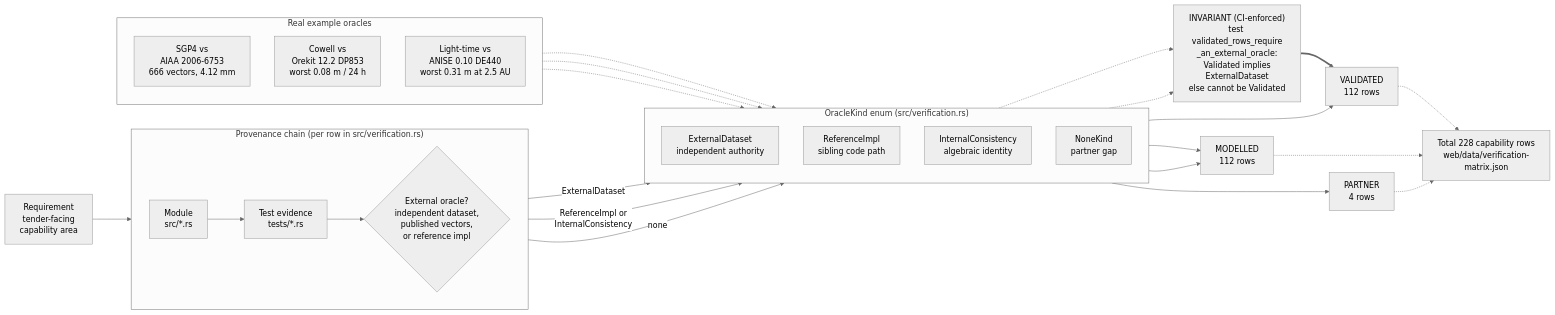
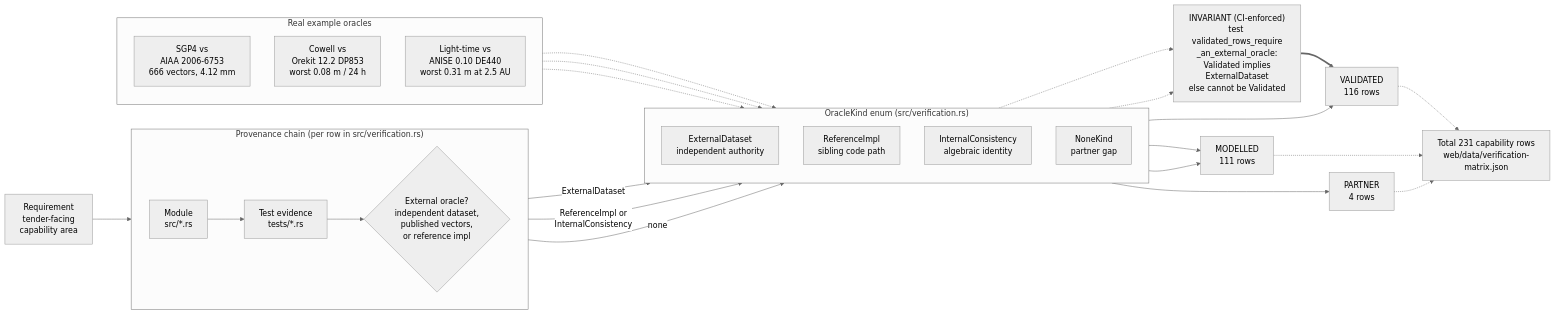
One commit to ashfordeOU/kshana changed the diagram in docs/diagrams/validation-provenance.mmd. Above: the diagram before and after it, drawn with Mermaid (neutral theme). The commit also changed 31 other files, not shown here.

```diff
--- a/docs/diagrams/validation-provenance.mmd
+++ b/docs/diagrams/validation-provenance.mmd
@@ -1,49 +1,49 @@
 flowchart LR
     REQ["Requirement<br/>tender-facing<br/>capability area"]
 
     subgraph CHAIN["Provenance chain (per row in src/verification.rs)"]
         direction LR
         MOD["Module<br/>src/*.rs"]
         TST["Test evidence<br/>tests/*.rs"]
         ORA{"External oracle?<br/>independent dataset,<br/>published vectors,<br/>or reference impl"}
     end
 
     REQ --> MOD --> TST --> ORA
 
     subgraph KINDS["OracleKind enum (src/verification.rs)"]
         direction TD
         EXT["ExternalDataset<br/>independent authority"]
         REF["ReferenceImpl<br/>sibling code path"]
         INT["InternalConsistency<br/>algebraic identity"]
         NON["NoneKind<br/>partner gap"]
     end
 
     ORA -->|ExternalDataset| EXT
     ORA -->|"ReferenceImpl or<br/>InternalConsistency"| INT
     ORA -->|none| NON
 
     GUARD["INVARIANT (CI-enforced)<br/>test validated_rows_require<br/>_an_external_oracle:<br/>Validated implies<br/>ExternalDataset<br/>else cannot be Validated"]
     EXT -.-> GUARD
     INT -.-> GUARD
 
-    EXT --> VAL["VALIDATED<br/>112 rows"]
-    REF --> MDL["MODELLED<br/>112 rows"]
+    EXT --> VAL["VALIDATED<br/>116 rows"]
+    REF --> MDL["MODELLED<br/>111 rows"]
     INT --> MDL
     NON --> PRT["PARTNER<br/>4 rows"]
     GUARD ==> VAL
 
     subgraph EX["Real example oracles"]
         direction TD
         E1["SGP4 vs<br/>AIAA 2006-6753<br/>666 vectors, 4.12 mm"]
         E2["Cowell vs<br/>Orekit 12.2 DP853<br/>worst 0.08 m / 24 h"]
         E3["Light-time vs<br/>ANISE 0.10 DE440<br/>worst 0.31 m at 2.5 AU"]
     end
 
     E1 -.-> EXT
     E2 -.-> EXT
     E3 -.-> EXT
 
-    TOTAL["Total 228 capability rows<br/>web/data/verification-matrix.json"]
+    TOTAL["Total 231 capability rows<br/>web/data/verification-matrix.json"]
     VAL -.-> TOTAL
     MDL -.-> TOTAL
     PRT -.-> TOTAL
```
